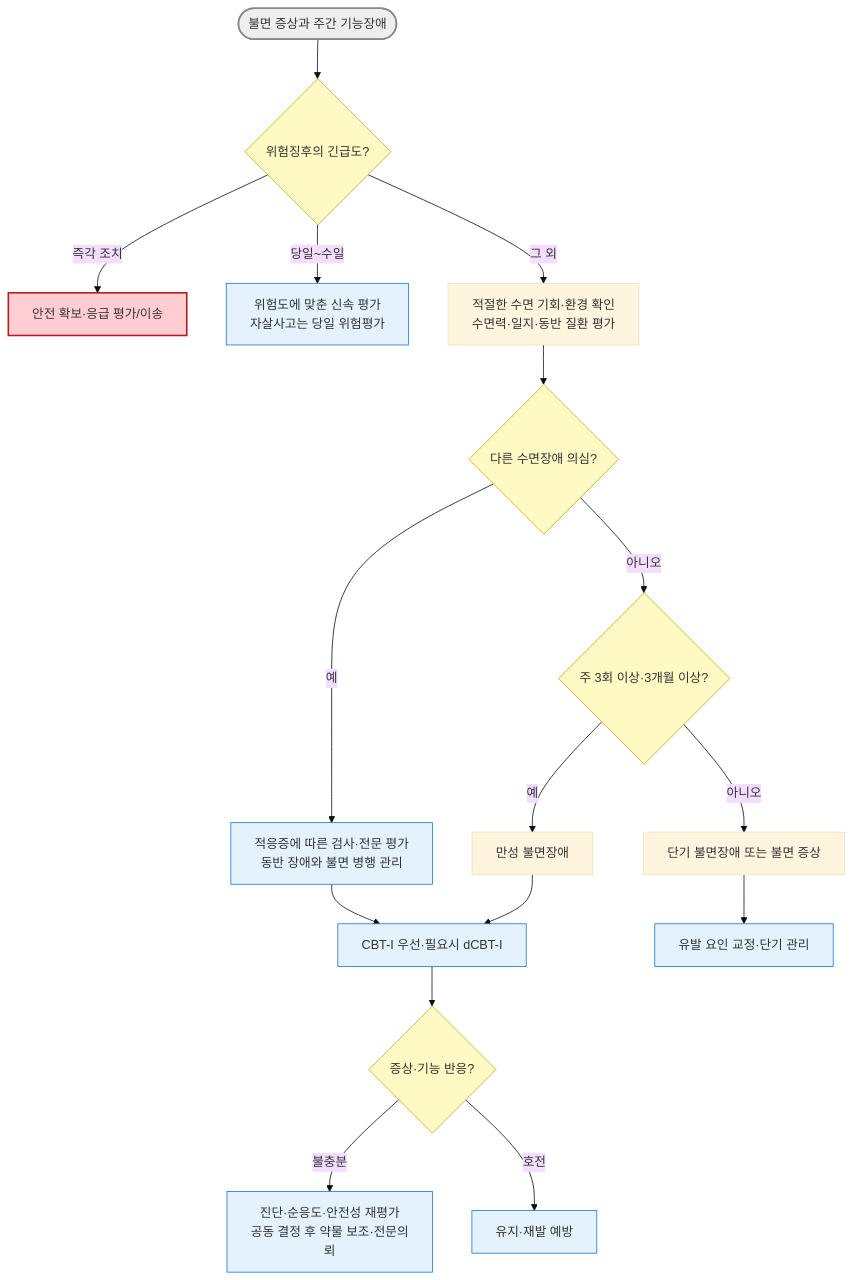
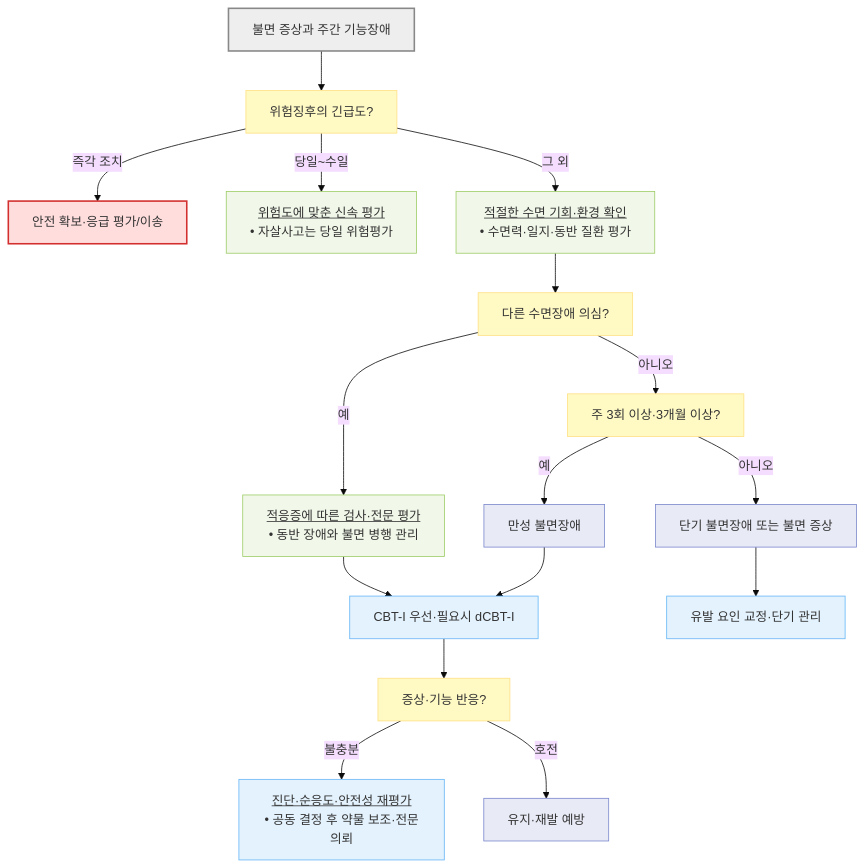
The diagram in 221_/029_-insomnia-sleep-disorder.md (familyoh77/familyoh77), drawn with Mermaid (base theme) before and after one commit. The commit also changed 17 other files, not shown here.

````diff
--- a/221_/029_-insomnia-sleep-disorder.md
+++ b/221_/029_-insomnia-sleep-disorder.md
@@ -232,26 +232,31 @@
 ```mermaid
 flowchart TD
-    Start(["불면 증상과 주간 기능장애"]) --> Safety{"위험징후의 긴급도?"}
+    Start["불면 증상과 주간 기능장애"] --> Safety["위험징후의 긴급도?"]
     Safety -- "즉각 조치" --> ER["안전 확보·응급 평가/이송"]
-    Safety -- "당일~수일" --> Urgent["위험도에 맞춘 신속 평가<br/>자살사고는 당일 위험평가"]
-    Safety -- "그 외" --> Assess["적절한 수면 기회·환경 확인<br/>수면력·일지·동반 질환 평가"]
-    Assess --> Other{"다른 수면장애 의심?"}
-    Other -- "예" --> Test["적응증에 따른 검사·전문 평가<br/>동반 장애와 불면 병행 관리"]
-    Other -- "아니오" --> Duration{"주 3회 이상·3개월 이상?"}
+    Safety -- "당일~수일" --> Urgent["<u>위험도에 맞춘 신속 평가</u><br/>• 자살사고는 당일 위험평가"]
+    Safety -- "그 외" --> Assess["<u>적절한 수면 기회·환경 확인</u><br/>• 수면력·일지·동반 질환 평가"]
+    Assess --> Other["다른 수면장애 의심?"]
+    Other -- "예" --> Test["<u>적응증에 따른 검사·전문 평가</u><br/>• 동반 장애와 불면 병행 관리"]
+    Other -- "아니오" --> Duration["주 3회 이상·3개월 이상?"]
     Duration -- "예" --> Chronic["만성 불면장애"]
     Duration -- "아니오" --> Short["단기 불면장애 또는 불면 증상"]
     Test --> CBT["CBT-I 우선·필요시 dCBT-I"]
     Chronic --> CBT
     Short --> Cause["유발 요인 교정·단기 관리"]
-    CBT --> Review{"증상·기능 반응?"}
-    Review -- "불충분" --> Drug["진단·순응도·안전성 재평가<br/>공동 결정 후 약물 보조·전문의뢰"]
+    CBT --> Review["증상·기능 반응?"]
+    Review -- "불충분" --> Drug["<u>진단·순응도·안전성 재평가</u><br/>• 공동 결정 후 약물 보조·전문의뢰"]
     Review -- "호전" --> Prevent["유지·재발 예방"]
-    classDef start fill:#eee,stroke:#888,stroke-width:2px
-    classDef decision fill:#fff9c4,stroke:#c9a227
-    classDef emergency fill:#ffcdd2,stroke:#b71c1c,stroke-width:2px
-    classDef treatment fill:#e3f2fd,stroke:#1976d2
+
+    classDef start fill:#eeeeee,stroke:#888888,stroke-width:2px
+    classDef question fill:#fff9c4,stroke:#ffe082
+    classDef emergency fill:#ffdddd,stroke:#d32f2f,stroke-width:2px
+    classDef evaluation fill:#f1f8e9,stroke:#9ccc65
+    classDef treatment fill:#e3f2fd,stroke:#64b5f6
+    classDef followup fill:#e8eaf6,stroke:#7986cb
     class Start start
-    class Safety,Other,Duration,Review decision
+    class Safety,Other,Duration,Review question
     class ER emergency
-    class Urgent,Test,CBT,Cause,Drug,Prevent treatment
+    class Urgent,Assess,Test evaluation
+    class CBT,Cause,Drug treatment
+    class Chronic,Short,Prevent followup
 ```
````
